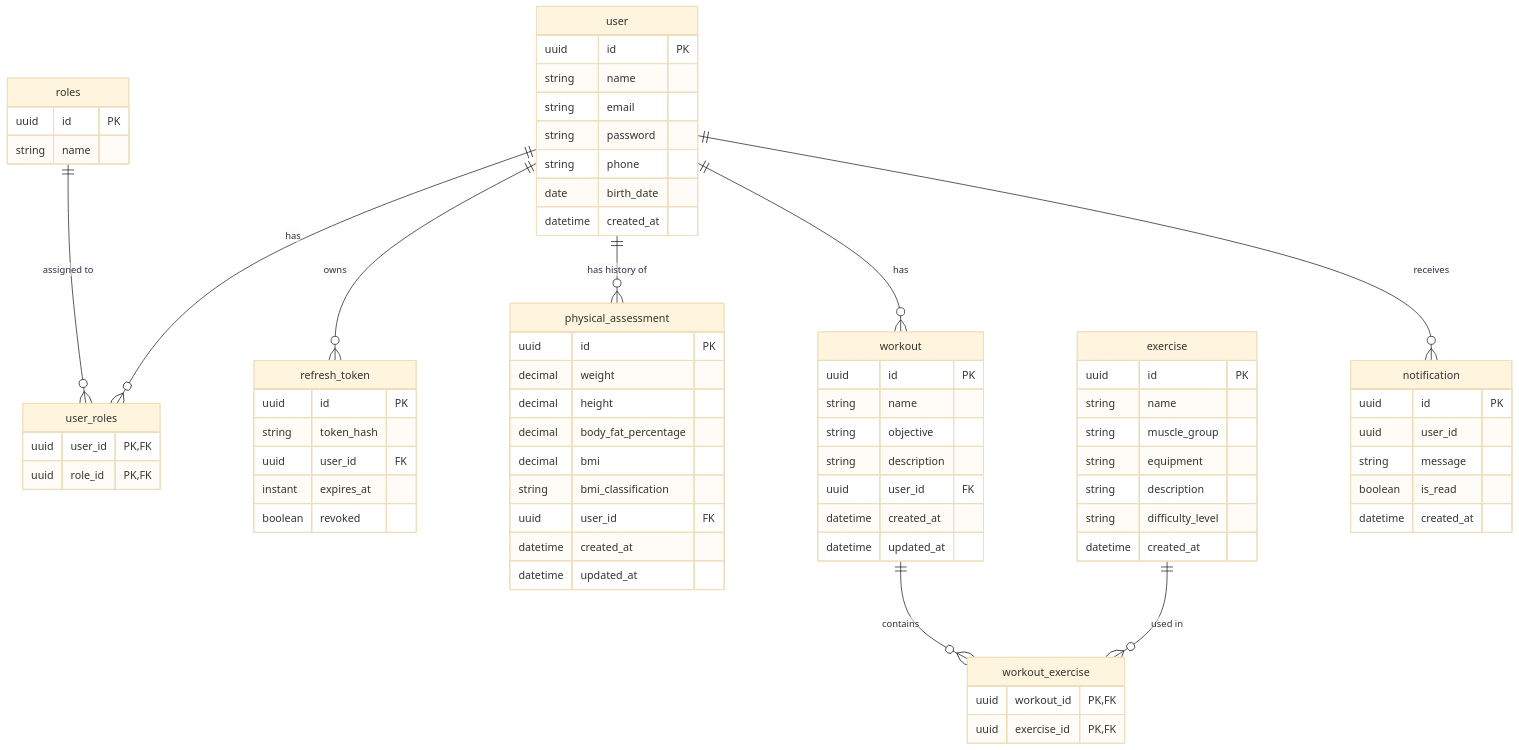
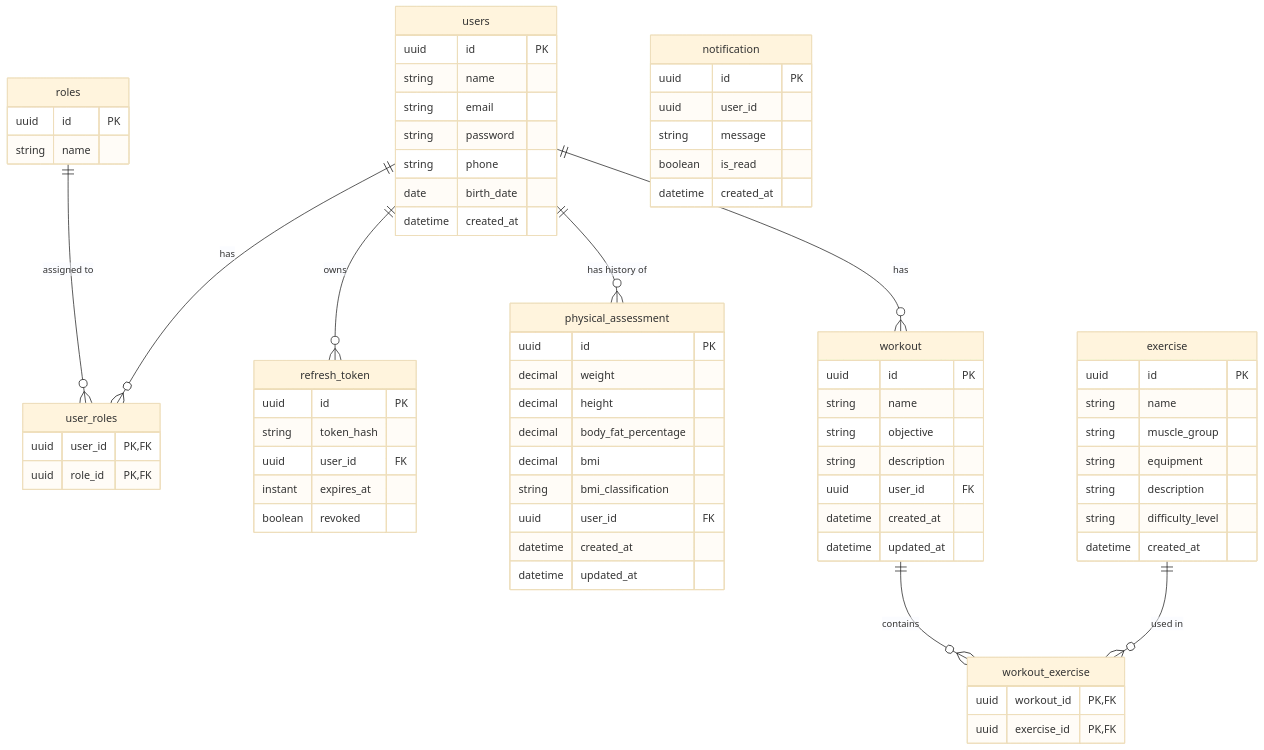
The diagram in README.md (joschonarth/spring-fit), drawn with Mermaid (base theme) before and after one commit. The commit also changed other lines of this file, not shown here.

````diff
--- a/README.md
+++ b/README.md
@@ -168,75 +169,74 @@
 ```mermaid
 erDiagram
-    user {
+    users {
         uuid id PK
         string name
         string email
         string password
         string phone
         date birth_date
         datetime created_at
     }
     roles {
         uuid id PK
         string name
     }
     user_roles {
         uuid user_id PK, FK
         uuid role_id PK, FK
     }
     refresh_token {
         uuid id PK
         string token_hash
         uuid user_id FK
         instant expires_at
         boolean revoked
     }
     physical_assessment {
         uuid id PK
         decimal weight
         decimal height
         decimal body_fat_percentage
         decimal bmi
         string bmi_classification
         uuid user_id FK
         datetime created_at
         datetime updated_at
     }
     workout {
         uuid id PK
         string name
         string objective
         string description
         uuid user_id FK
         datetime created_at
         datetime updated_at
     }
     exercise {
         uuid id PK
         string name
         string muscle_group
         string equipment
         string description
         string difficulty_level
         datetime created_at
     }
     workout_exercise {
         uuid workout_id PK, FK
         uuid exercise_id PK, FK
     }
     notification {
         uuid id PK
         uuid user_id
         string message
         boolean is_read
         datetime created_at
     }
-    user ||--o{ user_roles : "has"
+    users ||--o{ user_roles : "has"
     roles ||--o{ user_roles : "assigned to"
-    user ||--o{ refresh_token : "owns"
-    user ||--o{ physical_assessment : "has history of"
-    user ||--o{ workout : "has"
-    user ||--o{ notification : "receives"
+    users ||--o{ refresh_token : "owns"
+    users ||--o{ physical_assessment : "has history of"
+    users ||--o{ workout : "has"
     workout ||--o{ workout_exercise : "contains"
     exercise ||--o{ workout_exercise : "used in"
 ```
````
